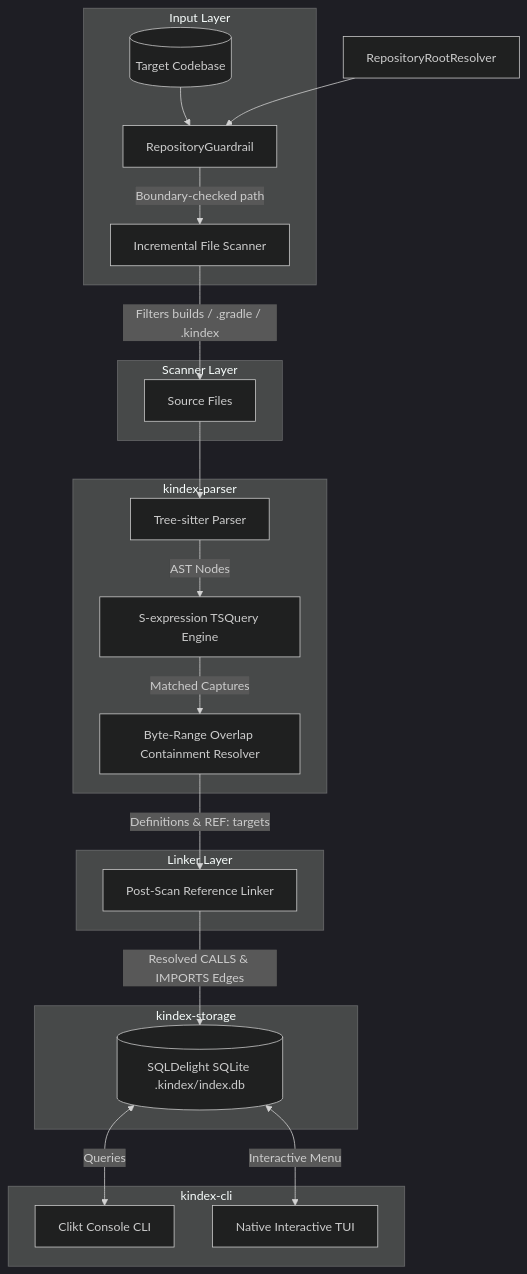
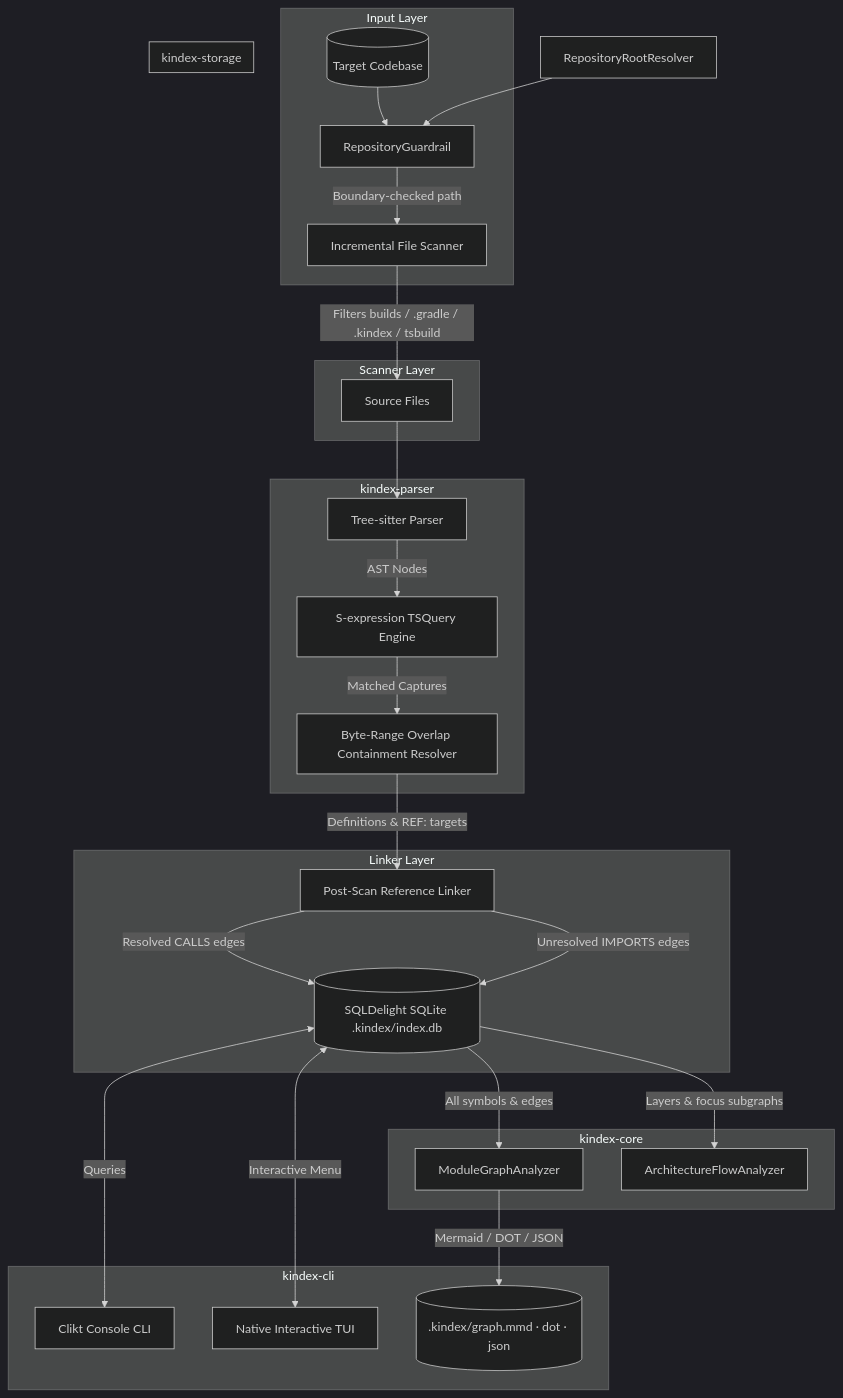
Before and after one commit to AjithGoveas/kindex: the diagram in docs/PROJECT.md, drawn with Mermaid (dark theme). The commit also changed other lines of this file and 10 other files, not shown here.

````diff
--- a/docs/PROJECT.md
+++ b/docs/PROJECT.md
@@ -65,32 +65,40 @@
 ```mermaid
 flowchart TD
     subgraph Input Layer
         Repo[(Target Codebase)] --> Guard[RepositoryGuardrail]
         Guard --> |Boundary-checked path| Scanner
     end
 
     subgraph Scanner Layer
-        Scanner[Incremental File Scanner] -->|Filters builds / .gradle / .kindex| FilteredFiles[Source Files]
+        Scanner[Incremental File Scanner] -->|Filters builds / .gradle / .kindex / tsbuild| FilteredFiles[Source Files]
     end
 
     subgraph Parser Core [kindex-parser]
         Parser[Tree-sitter Parser] -->|AST Nodes| SExpression[S-expression TSQuery Engine]
         SExpression -->|Matched Captures| OverlapResolver[Byte-Range Overlap Containment Resolver]
     end
 
     subgraph Linker Layer
         OverlapResolver -->|Definitions & REF: targets| Linker[Post-Scan Reference Linker]
+        Linker -->|Resolved CALLS edges| DB
+        Linker -->|Unresolved IMPORTS edges| DB
     end
 
     subgraph Storage Layer [kindex-storage]
-        Linker -->|Resolved CALLS & IMPORTS Edges| DB[(SQLDelight SQLite .kindex/index.db)]
+        DB[(SQLDelight SQLite .kindex/index.db)]
+    end
+
+    subgraph Analysis Layer [kindex-core]
+        DB -->|All symbols & edges| ModuleGraph[ModuleGraphAnalyzer]
+        DB -->|Layers & focus subgraphs| Flow[ArchitectureFlowAnalyzer]
     end
 
     subgraph UI Layer [kindex-cli]
         DB <-->|Queries| CLI[Clikt Console CLI]
         DB <-->|Interactive Menu| TUI[Native Interactive TUI]
+        ModuleGraph -->|Mermaid / DOT / JSON| Graphs[(.kindex/graph.mmd · dot · json)]
     end
 
     FilteredFiles --> Parser
     RootResolver[RepositoryRootResolver] --> Guard
 ```
````
